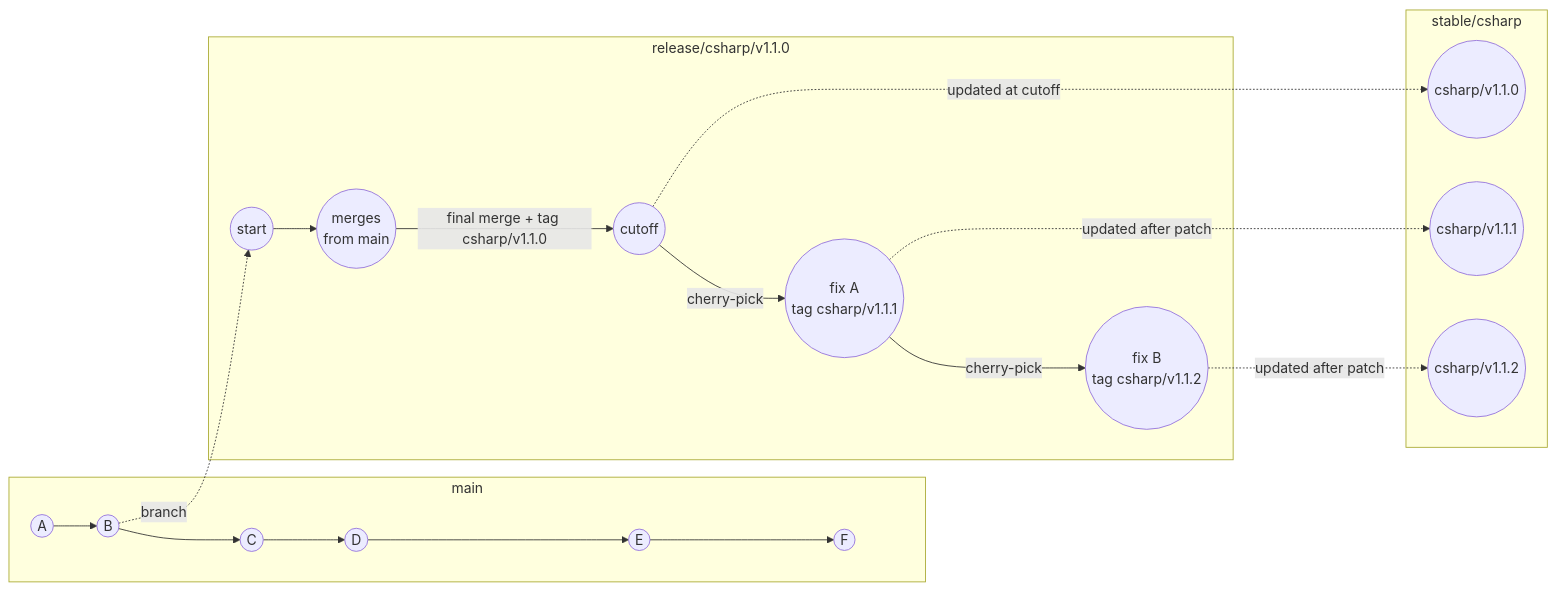
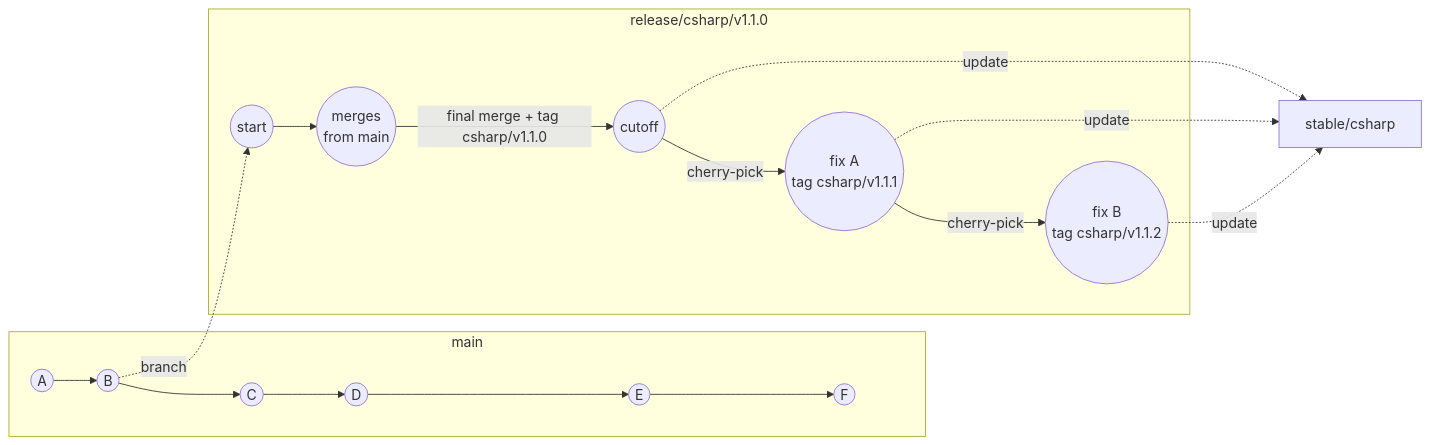
The diagram in csharp/RELEASE_PROCESS.md (adbc-drivers/databricks), drawn with Mermaid before and after one commit.

Commit message:
docs(csharp): fix stable/csharp visibility in lifecycle diagram

````diff
--- a/csharp/RELEASE_PROCESS.md
+++ b/csharp/RELEASE_PROCESS.md
@@ -52,18 +52,16 @@
 ```mermaid
 flowchart LR
     subgraph main
         A((A)) --> B((B)) --> C((C)) --> D((D)) --> E((E)) --> F((F))
     end
     subgraph release/csharp/v1.1.0
         B -.->|branch| R1((start))
         R1 --> R2((merges\nfrom main))
         R2 -->|final merge + tag csharp/v1.1.0| R3((cutoff))
         R3 -->|cherry-pick| R4((fix A\ntag csharp/v1.1.1))
         R4 -->|cherry-pick| R5((fix B\ntag csharp/v1.1.2))
     end
-    subgraph stable/csharp
-        R3 -.->|updated at cutoff| S1((csharp/v1.1.0))
-        R4 -.->|updated after patch| S2((csharp/v1.1.1))
-        R5 -.->|updated after patch| S3((csharp/v1.1.2))
-    end
+    R3 -.->|update| STABLE[stable/csharp]
+    R4 -.->|update| STABLE
+    R5 -.->|update| STABLE
 ```
````
